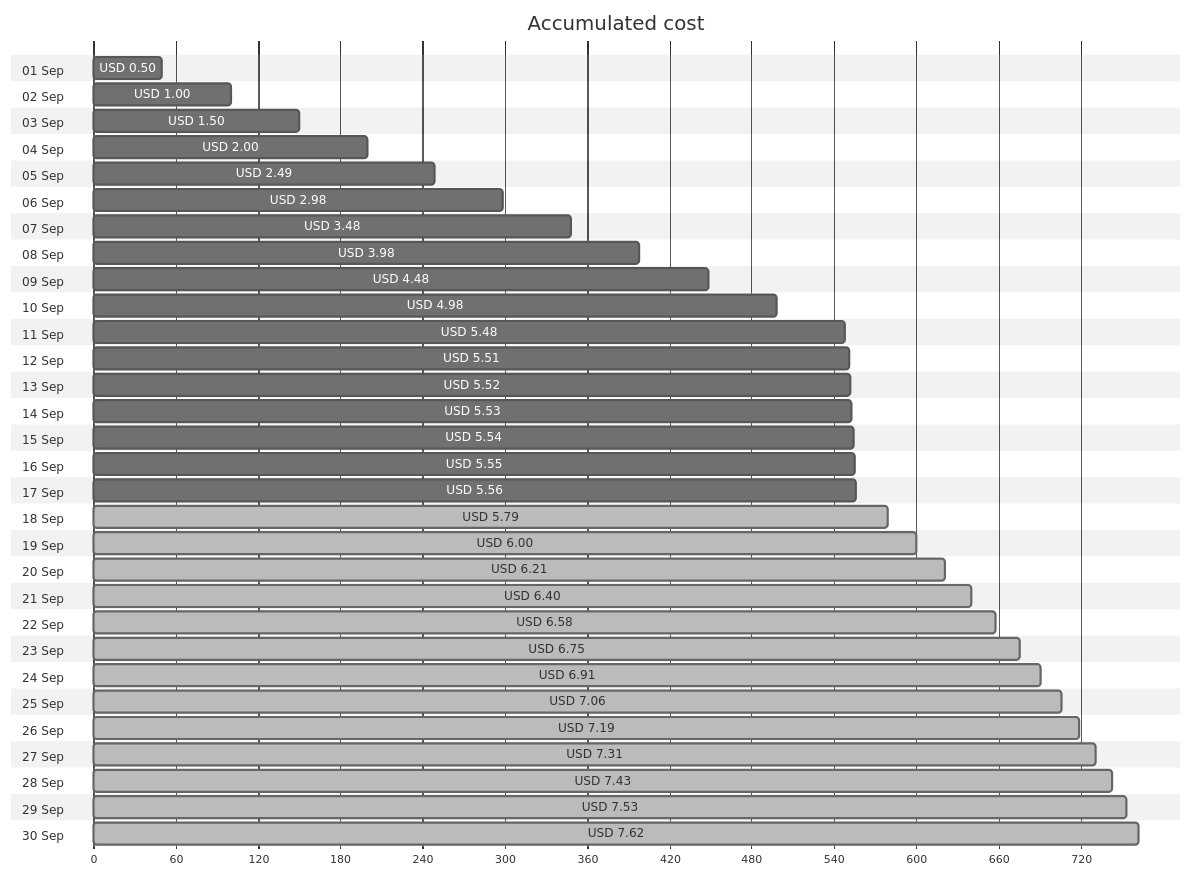
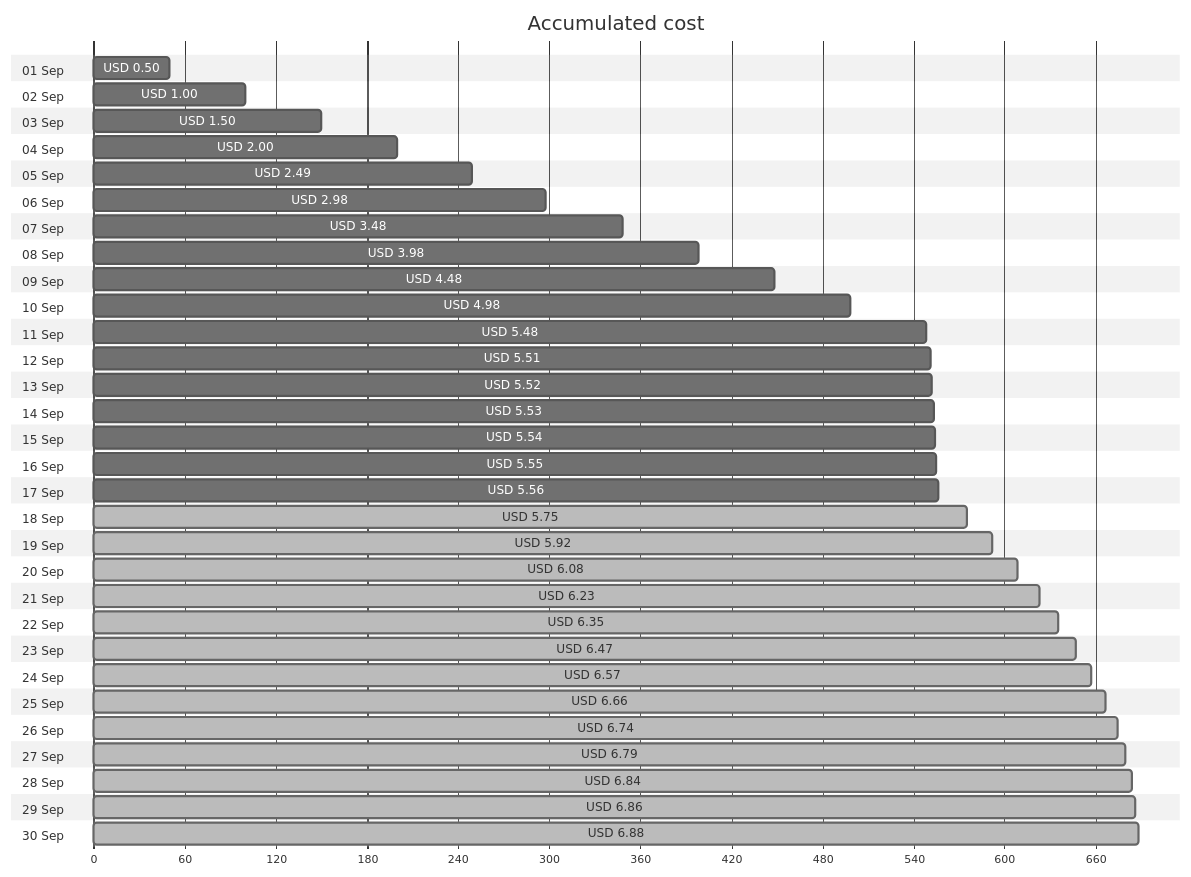
Before and after one commit to jpfulton/azure-personal-reports: the first of 4 diagrams in cost-reports/cloud-shell-storage-eastus/README.md, drawn with Mermaid (neutral theme). The commit also changed other lines of this file and 1 other file, not shown here.

Commit message:
Generated reports [skip ci]

````diff
--- a/cost-reports/cloud-shell-storage-eastus/README.md
+++ b/cost-reports/cloud-shell-storage-eastus/README.md
@@ -20,66 +20,66 @@
 ```mermaid
 gantt
    title Accumulated cost
    dateFormat  X
    axisFormat %s
    section 01 Sep
    USD 0.50 :0, 50
    section 02 Sep
    USD 1.00 :0, 100
    section 03 Sep
    USD 1.50 :0, 150
    section 04 Sep
    USD 2.00 :0, 200
    section 05 Sep
    USD 2.49 :0, 249
    section 06 Sep
    USD 2.98 :0, 298
    section 07 Sep
    USD 3.48 :0, 348
    section 08 Sep
    USD 3.98 :0, 398
    section 09 Sep
    USD 4.48 :0, 448
    section 10 Sep
    USD 4.98 :0, 498
    section 11 Sep
    USD 5.48 :0, 548
    section 12 Sep
    USD 5.51 :0, 551
    section 13 Sep
    USD 5.52 :0, 552
    section 14 Sep
    USD 5.53 :0, 553
    section 15 Sep
    USD 5.54 :0, 554
    section 16 Sep
    USD 5.55 :0, 555
    section 17 Sep
    USD 5.56 :0, 556
    section 18 Sep
-   USD 5.79 : done, 0, 579
+   USD 5.75 : done, 0, 575
    section 19 Sep
-   USD 6.00 : done, 0, 600
+   USD 5.92 : done, 0, 592
    section 20 Sep
-   USD 6.21 : done, 0, 621
+   USD 6.08 : done, 0, 608
    section 21 Sep
-   USD 6.40 : done, 0, 640
+   USD 6.23 : done, 0, 623
    section 22 Sep
-   USD 6.58 : done, 0, 658
+   USD 6.35 : done, 0, 635
    section 23 Sep
-   USD 6.75 : done, 0, 675
+   USD 6.47 : done, 0, 647
    section 24 Sep
-   USD 6.91 : done, 0, 691
+   USD 6.57 : done, 0, 657
    section 25 Sep
-   USD 7.06 : done, 0, 706
+   USD 6.66 : done, 0, 666
    section 26 Sep
-   USD 7.19 : done, 0, 719
+   USD 6.74 : done, 0, 674
    section 27 Sep
-   USD 7.31 : done, 0, 731
+   USD 6.79 : done, 0, 679
    section 28 Sep
-   USD 7.43 : done, 0, 743
+   USD 6.84 : done, 0, 684
    section 29 Sep
-   USD 7.53 : done, 0, 753
+   USD 6.86 : done, 0, 686
    section 30 Sep
-   USD 7.62 : done, 0, 762
+   USD 6.88 : done, 0, 688
 ```
````
